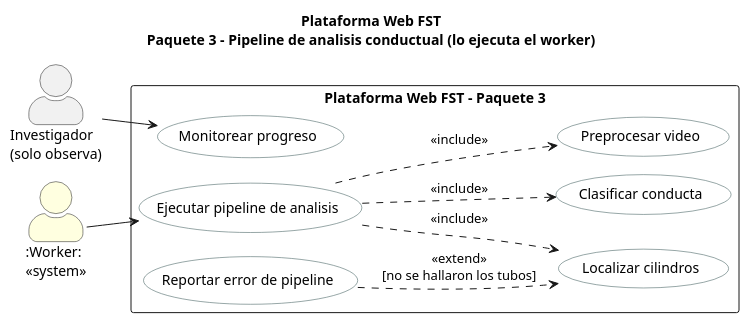
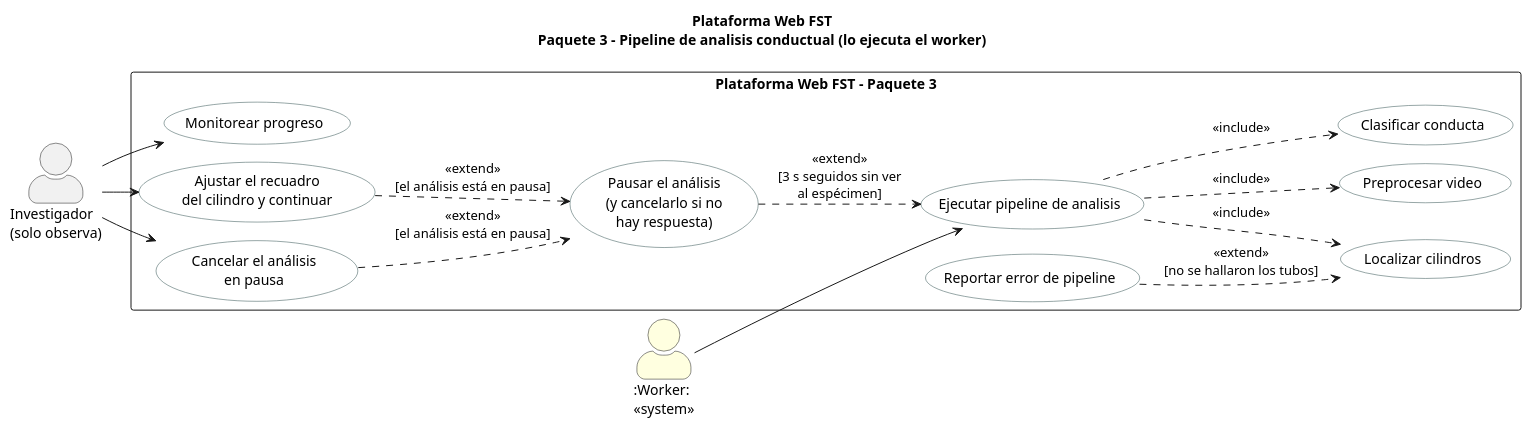
One commit to ErickJester/fst-ai-system-latex changed diagram 19 of 39 in INSTRUCCIONES-WEB.md. Above: the diagram before and after it, drawn with PlantUML. The commit also changed other lines of this file and 28 other files, not shown here.

````diff
--- a/INSTRUCCIONES-WEB.md
+++ b/INSTRUCCIONES-WEB.md
@@ -1791,29 +1877,37 @@
 ```plantuml
 @startuml cu_paquete3
 !pragma layout smetana
 title Plataforma Web FST\nPaquete 3 - Pipeline de analisis conductual (lo ejecuta el worker)
 left to right direction
 skinparam packageStyle rectangle
 skinparam actorStyle awesome
 skinparam usecase {
   BackgroundColor White
   BorderColor DarkSlateGray
 }
 actor "Investigador\n(solo observa)" as INV
 actor ":Worker:\n<<system>>" as WRK #LightYellow
 rectangle "Plataforma Web FST - Paquete 3" {
   usecase "Ejecutar pipeline de analisis" as UC30
   usecase "Preprocesar video" as UC31
   usecase "Localizar cilindros" as UC32
   usecase "Clasificar conducta" as UC34
   usecase "Monitorear progreso" as UC35
   usecase "Reportar error de pipeline" as UC36
+  usecase "Pausar el análisis\n(y cancelarlo si no\nhay respuesta)" as UC37
+  usecase "Ajustar el recuadro\ndel cilindro y continuar" as UC38
+  usecase "Cancelar el análisis\nen pausa" as UC39
 }
 WRK --> UC30
 INV --> UC35
 UC30 ..> UC31 : <<include>>
 UC30 ..> UC32 : <<include>>
 UC30 ..> UC34 : <<include>>
 UC36 ..> UC32 : <<extend>>\n[no se hallaron los tubos]
+INV --> UC38
+INV --> UC39
+UC37 ..> UC30 : <<extend>>\n[3 s seguidos sin ver\nal espécimen]
+UC38 ..> UC37 : <<extend>>\n[el análisis está en pausa]
+UC39 ..> UC37 : <<extend>>\n[el análisis está en pausa]
 @enduml
 ```
````
